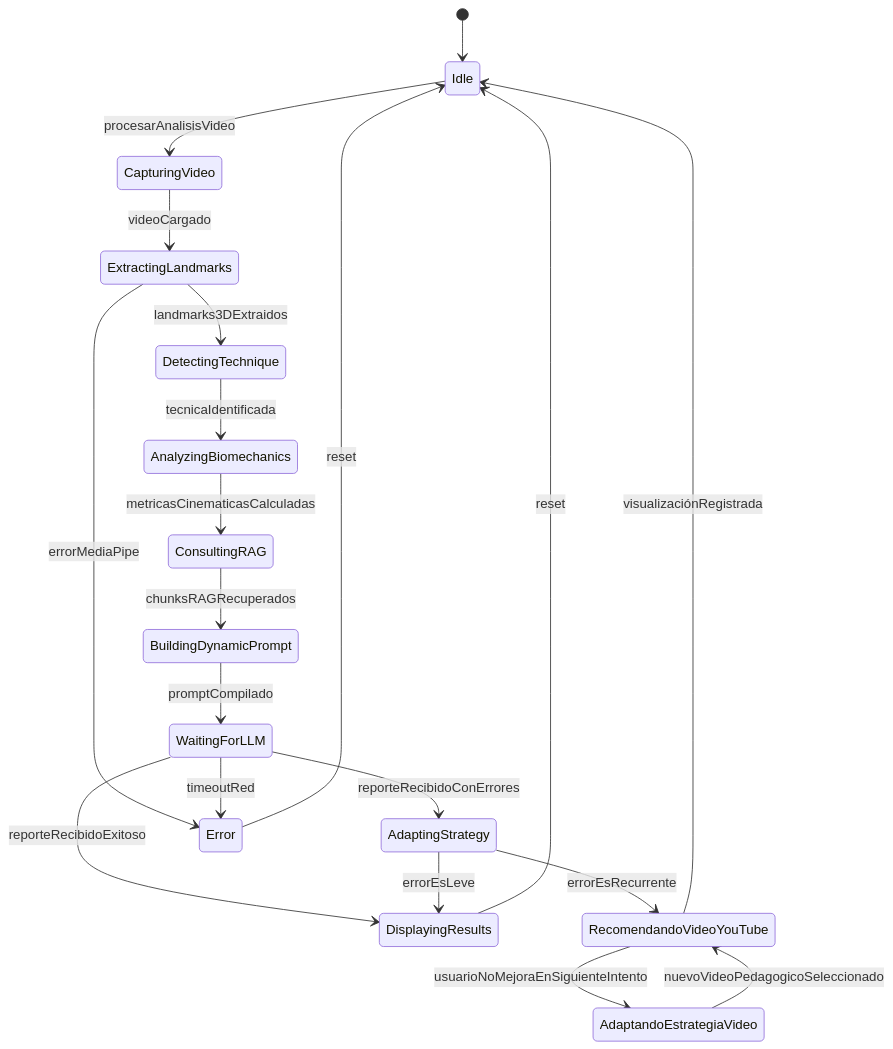
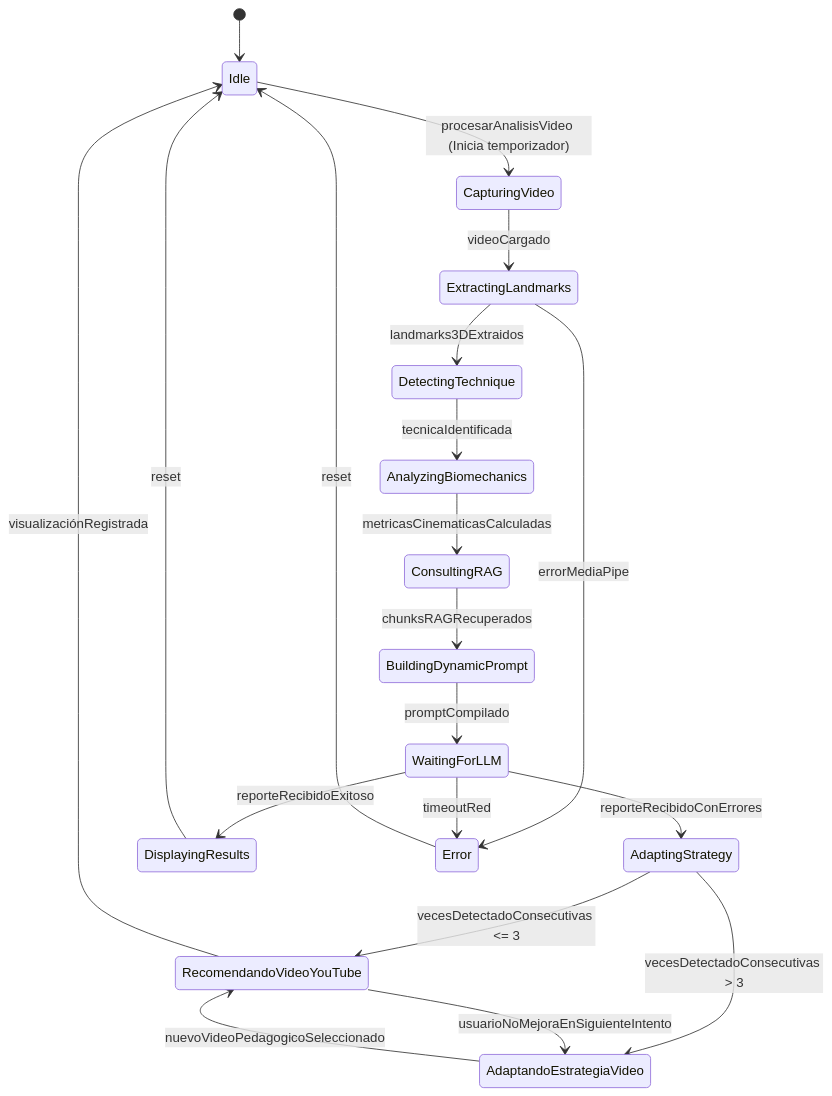
One commit to Tsmrain/Documentacion changed the ninth of 11 diagrams in README.md. Above: the diagram before and after it, drawn with Mermaid. The commit also changed other lines of this file, not shown here.

Commit message:
docs: refine documentation to clarify RAG implementation, pedagogy, and system architecture for OpenBJJ

````diff
--- a/README.md
+++ b/README.md
@@ -1035,27 +1022,27 @@
 ```mermaid
 stateDiagram-v2
     [*] --> Idle
-    Idle --> CapturingVideo : procesarAnalisisVideo
+    Idle --> CapturingVideo : procesarAnalisisVideo (Inicia temporizador)
     CapturingVideo --> ExtractingLandmarks : videoCargado
     ExtractingLandmarks --> DetectingTechnique : landmarks3DExtraidos
     DetectingTechnique --> AnalyzingBiomechanics : tecnicaIdentificada
     AnalyzingBiomechanics --> ConsultingRAG : metricasCinematicasCalculadas
     ConsultingRAG --> BuildingDynamicPrompt : chunksRAGRecuperados
     BuildingDynamicPrompt --> WaitingForLLM : promptCompilado
     WaitingForLLM --> AdaptingStrategy : reporteRecibidoConErrores
     WaitingForLLM --> DisplayingResults : reporteRecibidoExitoso
     
-    AdaptingStrategy --> RecomendandoVideoYouTube : errorEsRecurrente
-    AdaptingStrategy --> DisplayingResults : errorEsLeve
+    AdaptingStrategy --> RecomendandoVideoYouTube : vecesDetectadoConsecutivas <= 3
+    AdaptingStrategy --> AdaptandoEstrategiaVideo : vecesDetectadoConsecutivas > 3
     
     RecomendandoVideoYouTube --> Idle : visualizaciónRegistrada
     RecomendandoVideoYouTube --> AdaptandoEstrategiaVideo : usuarioNoMejoraEnSiguienteIntento
     
     AdaptandoEstrategiaVideo --> RecomendandoVideoYouTube : nuevoVideoPedagogicoSeleccionado
     
     DisplayingResults --> Idle : reset
     
     ExtractingLandmarks --> Error : errorMediaPipe
     WaitingForLLM --> Error : timeoutRed
     Error --> Idle : reset
 ```
````
